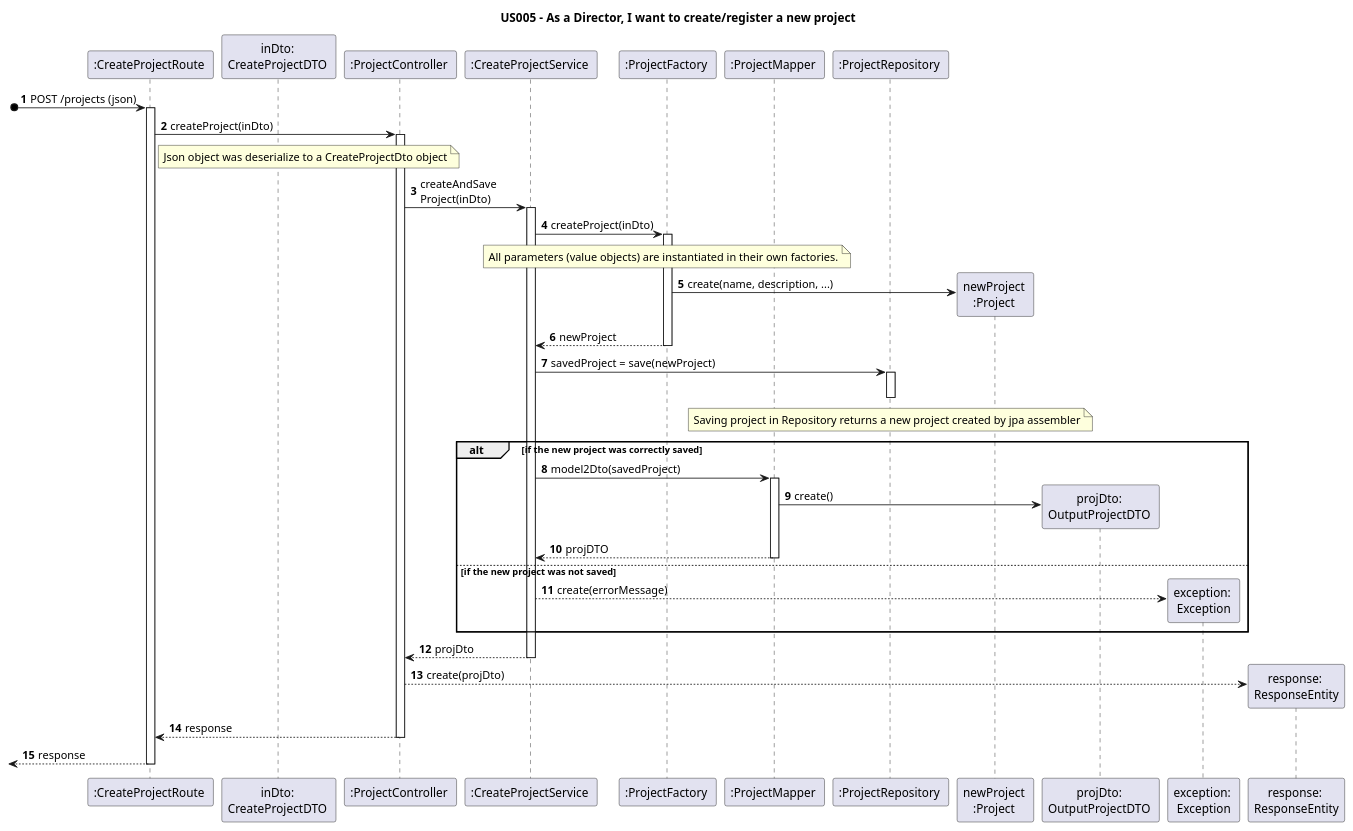
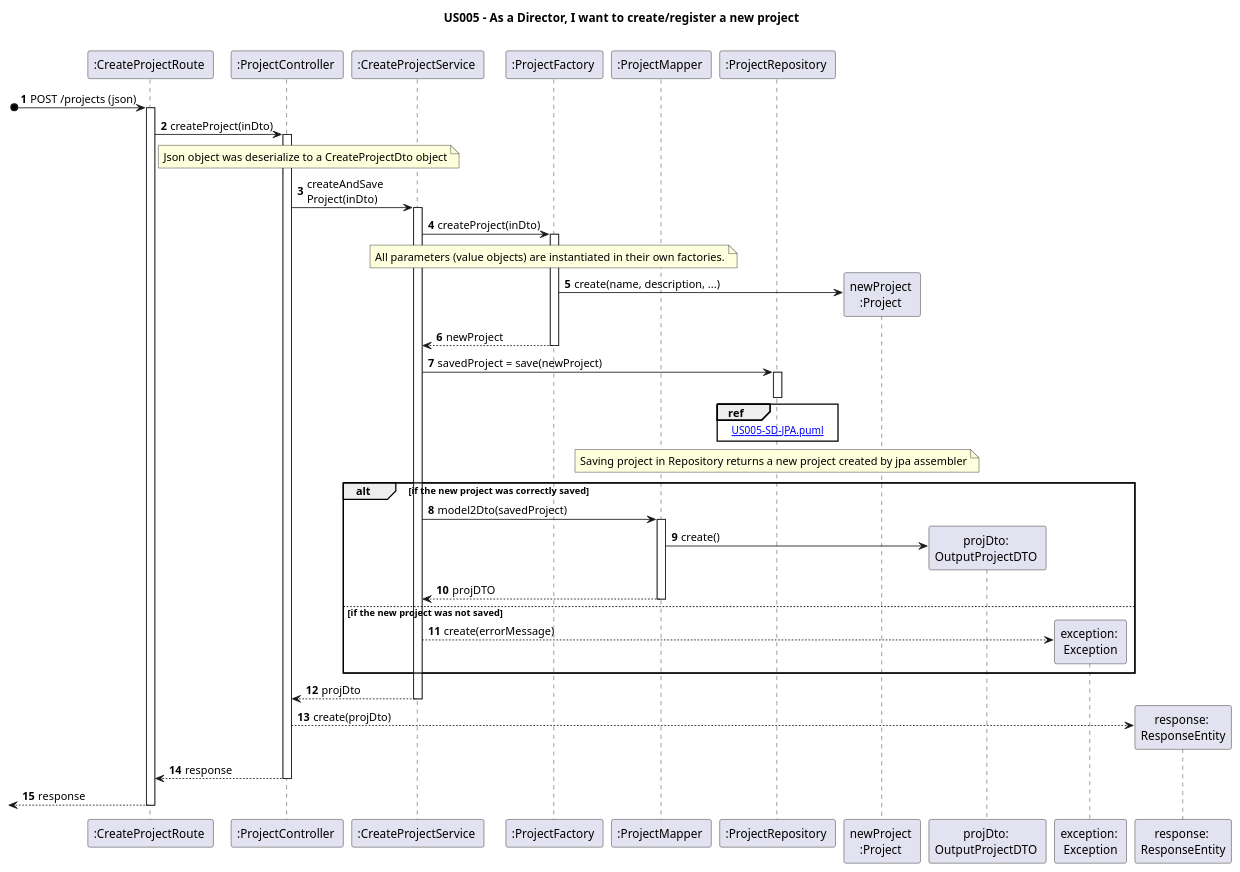
One commit to nunogon1211787/projectManagement changed the diagram in docs/Sprint1/US005/US005-SD.puml. Above: the diagram before and after it, drawn with PlantUML. The commit also changed 51 other files, not shown here.

```diff
--- a/docs/Sprint1/US005/US005-SD.puml
+++ b/docs/Sprint1/US005/US005-SD.puml
@@ -1,66 +1,66 @@
 @startuml
 'https://plantuml.com/class-diagram
 
 title US005 - As a Director, I want to create/register a new project
 
 autoactivate on
 autonumber
 
 
 participant ":CreateProjectRoute " as route
-participant "inDto: \nCreateProjectDTO " as inDto
 participant ":ProjectController " as controller
 participant ":CreateProjectService " as service
 participant ":ProjectFactory " as factory
 participant ":ProjectMapper " as mapper
 participant ":ProjectRepository " as store
 participant "newProject \n:Project " as project
 participant "projDto: \nOutputProjectDTO " as dto
 participant "exception: \nException" as exc
 participant "response: \nResponseEntity" as json
 
 
 
 [o->  route: POST /projects (json)
 route -> controller: createProject(inDto)
 
 note right route: Json object was deserialize to a CreateProjectDto object
 
 controller -> service: createAndSave\nProject(inDto)
 
 service -> factory: createProject(inDto)
 
 note over factory : All parameters (value objects) are instantiated in their own factories.
 
 factory -> project**: create(name, description, ...)
 
 factory --> service: newProject
 
 service -> store: savedProject = save(newProject)
+ref over store: [[US005-SD-JPA.puml]]
 note over store : Saving project in Repository returns a new project created by jpa assembler
 
 deactivate store
 
 alt if the new project was correctly saved
 
 service -> mapper: model2Dto(savedProject)
 
 mapper -> dto**: create()
 
 mapper --> service: projDTO
 
 else if the new project was not saved
 
 service --> exc** : create(errorMessage)
 
 end
 
 service --> controller: projDto
 
 controller --> json**: create(projDto)
 
 controller --> route: response
 
 [<-- route: response
 
 @enduml
```
